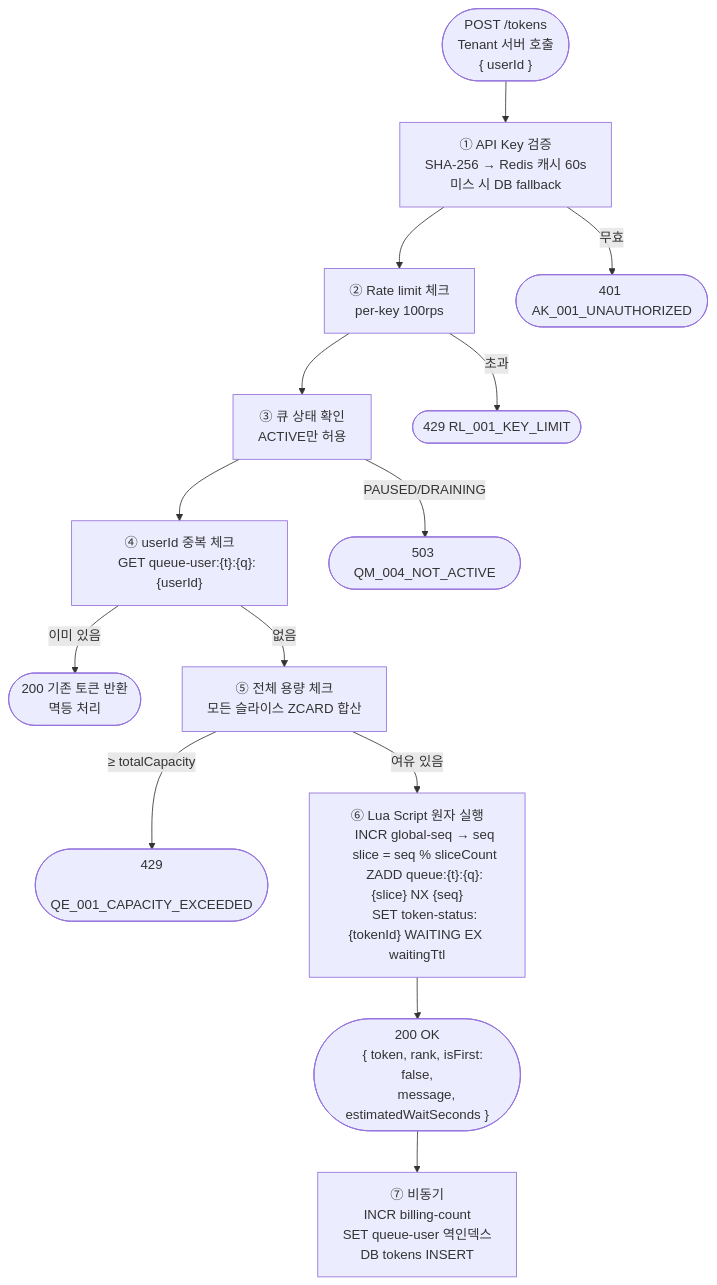
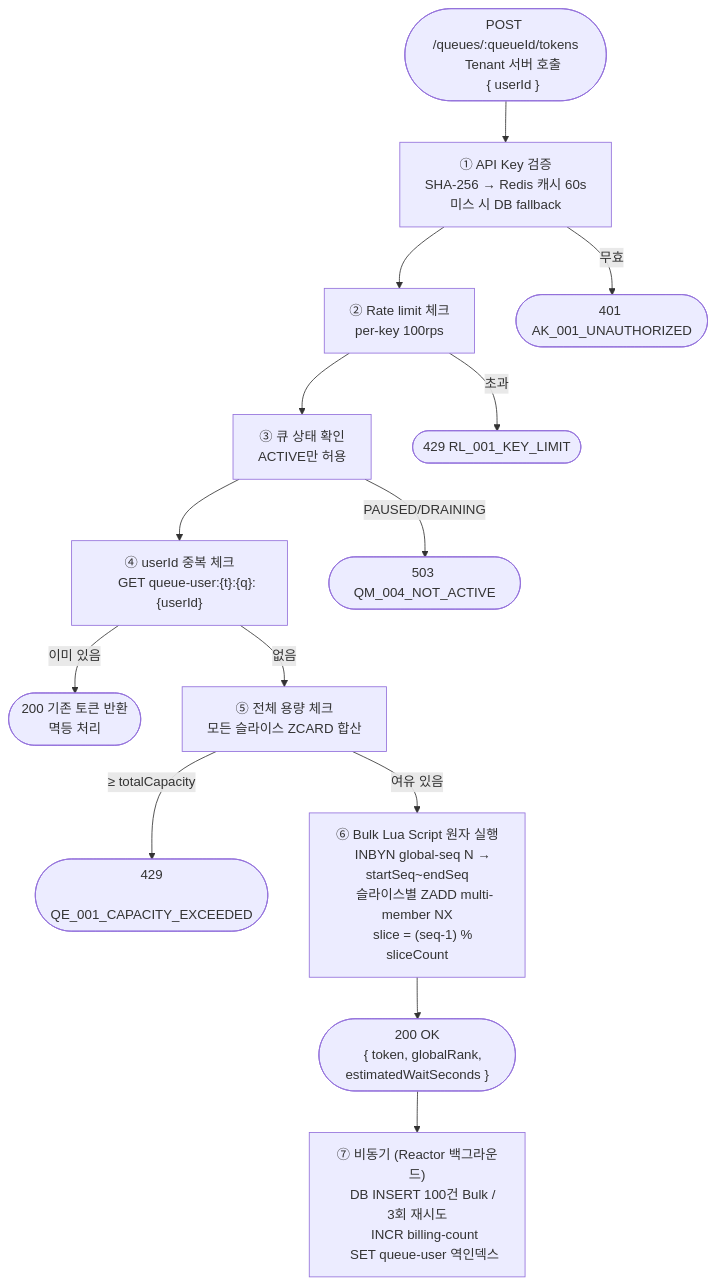
The first of 6 diagrams in doc/FLOW.md (S-Onix/queue-platform), drawn with Mermaid before and after one commit. The commit also changed other lines of this file and 4 other files, not shown here.

````diff
--- a/doc/FLOW.md
+++ b/doc/FLOW.md
@@ -9,40 +9,38 @@
 ```mermaid
 flowchart TD
-    START(["POST /tokens
+    START(["POST /queues/:queueId/tokens
     Tenant 서버 호출
     { userId }"])
     --> AK["① API Key 검증
     SHA-256 → Redis 캐시 60s
     미스 시 DB fallback"]
     --> RL["② Rate limit 체크
     per-key 100rps"]
     --> QS["③ 큐 상태 확인
     ACTIVE만 허용"]
     --> DUP["④ userId 중복 체크
     GET queue-user:{t}:{q}:{userId}"]
 
     DUP -->|"이미 있음"| IDEM(["200 기존 토큰 반환
     멱등 처리"])
     DUP -->|"없음"| CAP["⑤ 전체 용량 체크
     모든 슬라이스 ZCARD 합산"]
 
     CAP -->|"≥ totalCapacity"| E429(["429
     QE_001_CAPACITY_EXCEEDED"])
-    CAP -->|"여유 있음"| LUA["⑥ Lua Script 원자 실행
-    INCR global-seq → seq
-    slice = seq % sliceCount
-    ZADD queue:{t}:{q}:{slice} NX {seq}
-    SET token-status:{tokenId} WAITING EX waitingTtl"]
+    CAP -->|"여유 있음"| LUA["⑥ Bulk Lua Script 원자 실행
+    INBYN global-seq N → startSeq~endSeq
+    슬라이스별 ZADD multi-member NX
+    slice = (seq-1) % sliceCount"]
 
     LUA --> OK(["200 OK
-    { token, rank, isFirst: false,
-      message, estimatedWaitSeconds }"])
-    OK --> ASYNC["⑦ 비동기
+    { token, globalRank, estimatedWaitSeconds }"])
+    OK --> ASYNC["⑦ 비동기 (Reactor 백그라운드)
+    DB INSERT 100건 Bulk / 3회 재시도
     INCR billing-count
-    SET queue-user 역인덱스
-    DB tokens INSERT"]
+    SET queue-user 역인덱스"]
 
     AK -->|"무효"| E401(["401 AK_001_UNAUTHORIZED"])
     RL -->|"초과"| E429B(["429 RL_001_KEY_LIMIT"])
     QS -->|"PAUSED/DRAINING"| E503(["503 QM_004_NOT_ACTIVE"])
 ```
````
